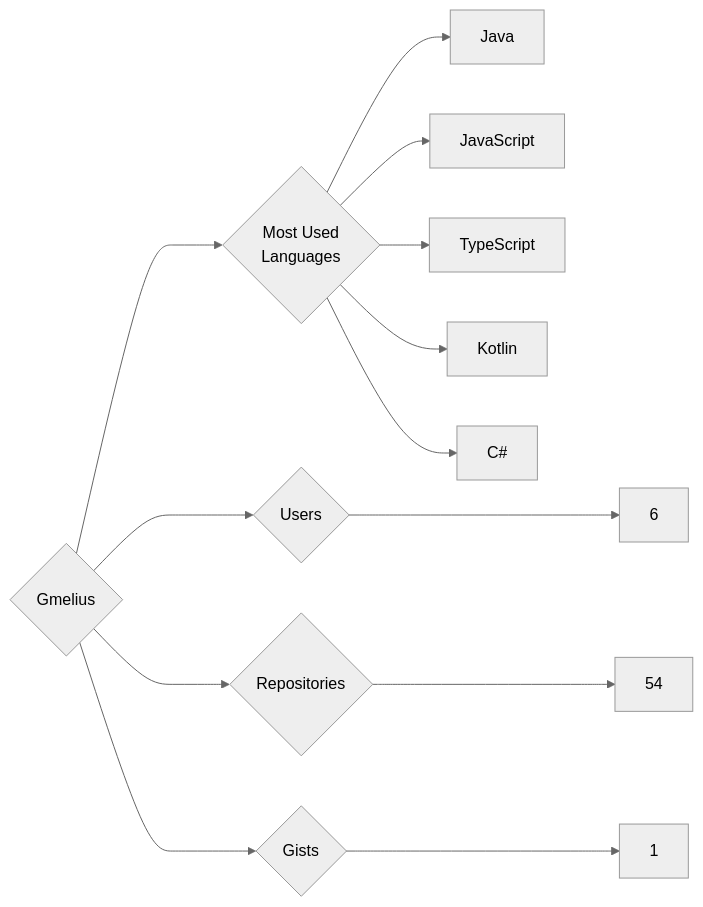
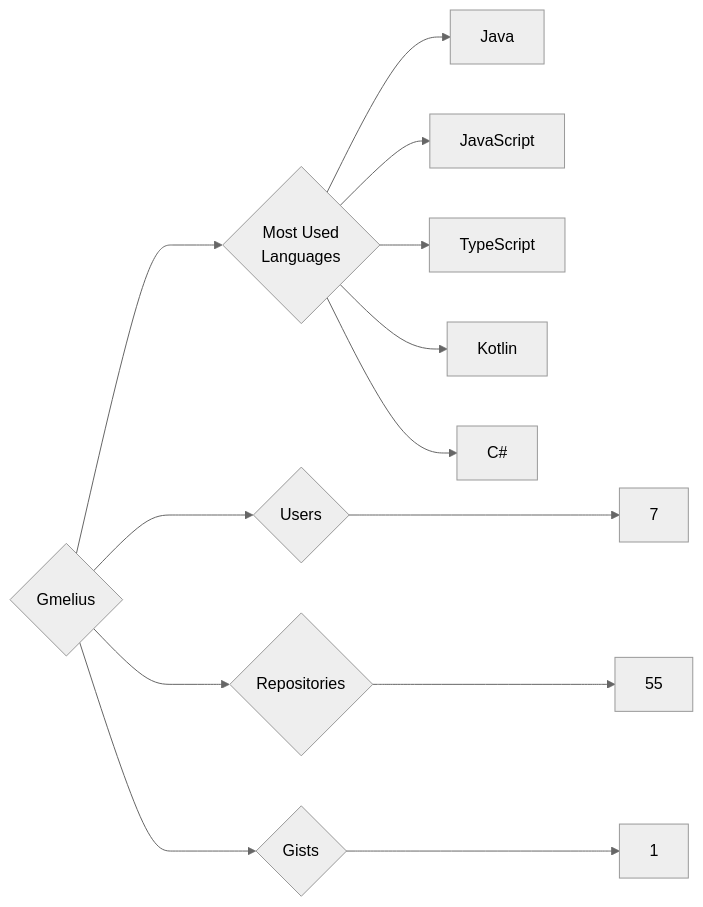
The diagram in targets/Gmelius/README.md (trickest/insiders), drawn with Mermaid (neutral theme) before and after one commit. The commit also changed 1314 other files, not shown here.

````diff
--- a/targets/Gmelius/README.md
+++ b/targets/Gmelius/README.md
@@ -3,13 +3,13 @@
 ```mermaid
 graph LR
 COMPANY_NAME{Gmelius}
-COMPANY_NAME ---> U{Users} ---> UN[6]
-COMPANY_NAME ---> R{Repositories} ---> RN[54]
+COMPANY_NAME ---> U{Users} ---> UN[7]
+COMPANY_NAME ---> R{Repositories} ---> RN[55]
 COMPANY_NAME ---> G{Gists} ---> GN[1]
 COMPANY_NAME ---> ML{Most Used<br>Languages}
 ML --> Java[Java]
 ML --> JavaScript[JavaScript]
 ML --> TypeScript[TypeScript]
 ML --> Kotlin[Kotlin]
 ML --> C#[C#]
 ```
````
